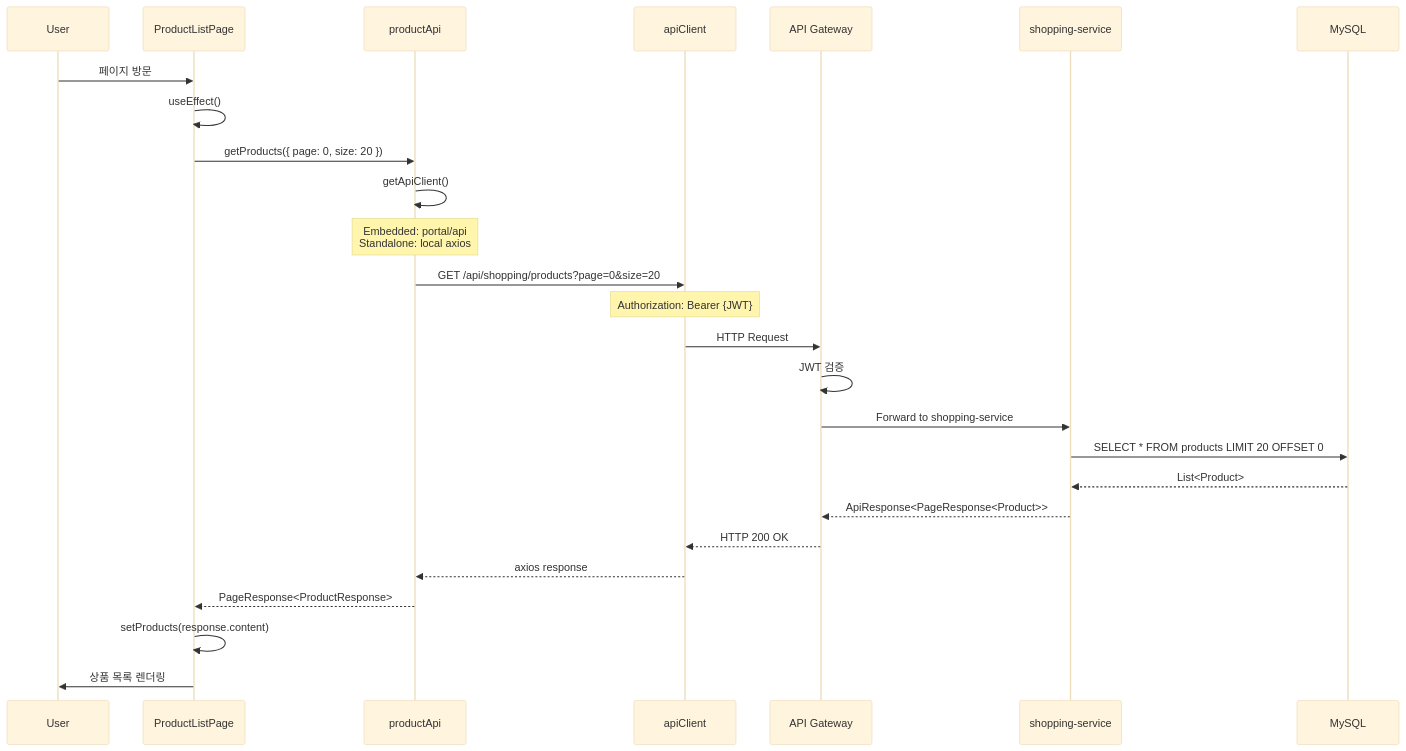
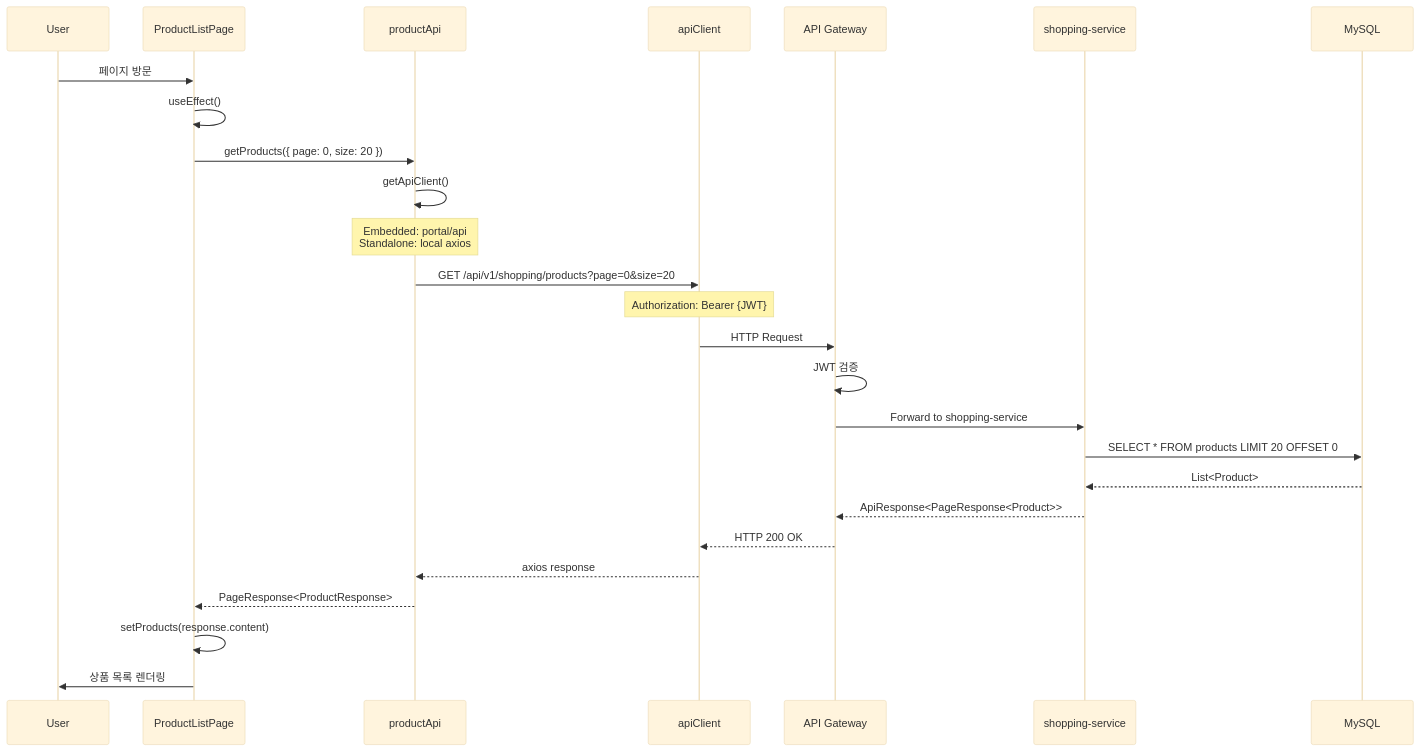
The third of 7 diagrams in frontend/shopping-frontend/docs/architecture/data-flow.md (L-a-z-e/portal-universe), drawn with Mermaid (base theme) before and after one commit. The commit also changed other lines of this file and 15 other files, not shown here.

````diff
--- a/frontend/shopping-frontend/docs/architecture/data-flow.md
+++ b/frontend/shopping-frontend/docs/architecture/data-flow.md
@@ -123,29 +123,29 @@
 ```mermaid
 sequenceDiagram
     participant U as User
     participant C as ProductListPage
     participant API as productApi
     participant AC as apiClient
     participant G as API Gateway
     participant S as shopping-service
     participant D as MySQL
 
     U->>C: 페이지 방문
     C->>C: useEffect()
     C->>API: getProducts({ page: 0, size: 20 })
     API->>API: getApiClient()
     Note over API: Embedded: portal/api<br/>Standalone: local axios
-    API->>AC: GET /api/shopping/products?page=0&size=20
+    API->>AC: GET /api/v1/shopping/products?page=0&size=20
     Note over AC: Authorization: Bearer {JWT}
     AC->>G: HTTP Request
     G->>G: JWT 검증
     G->>S: Forward to shopping-service
     S->>D: SELECT * FROM products LIMIT 20 OFFSET 0
     D-->>S: List<Product>
     S-->>G: ApiResponse<PageResponse<Product>>
     G-->>AC: HTTP 200 OK
     AC-->>API: axios response
     API-->>C: PageResponse<ProductResponse>
     C->>C: setProducts(response.content)
     C->>U: 상품 목록 렌더링
 ```
````
